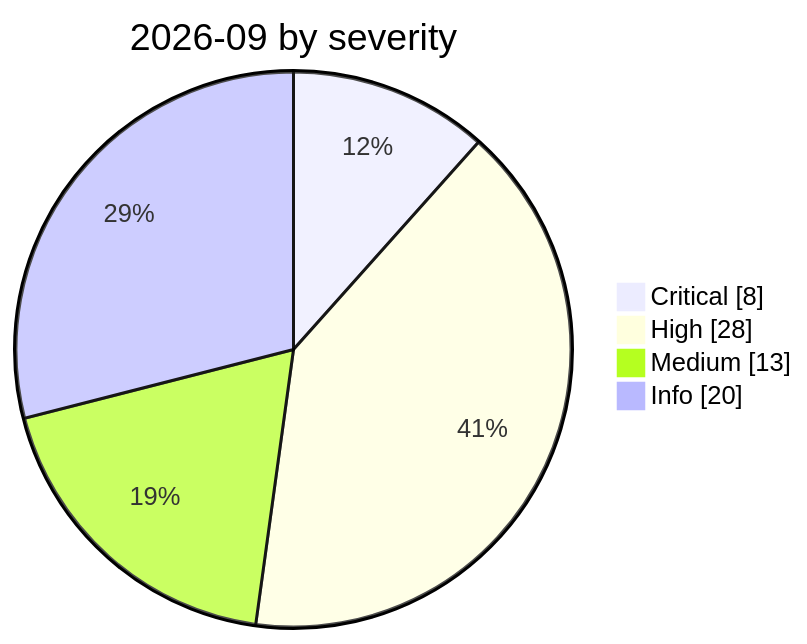
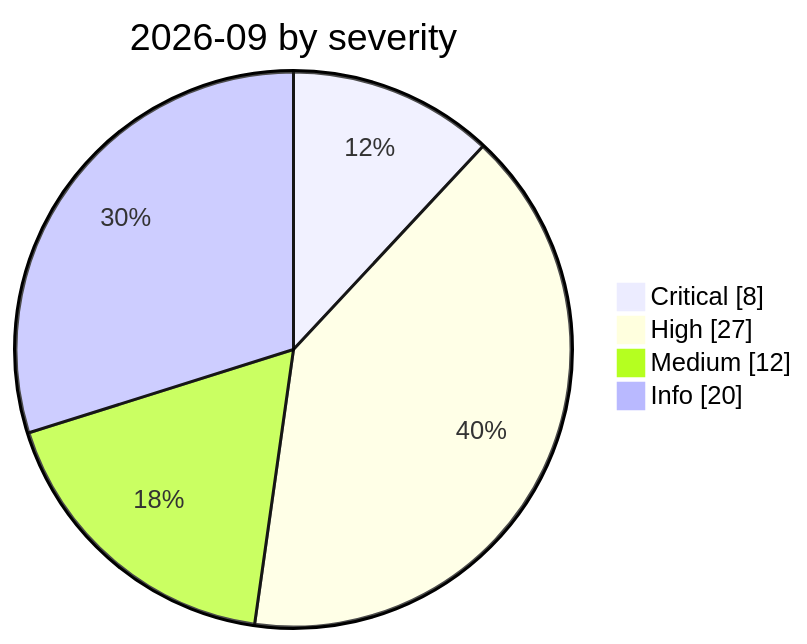
Before and after one commit to Continuum-AI-Corp/Orca-AI-Incident-Archive: the diagram in incidents/2026-09/README.md, drawn with Mermaid. The commit also changed other lines of this file and 43 other files, not shown here.

````diff
--- a/incidents/2026-09/README.md
+++ b/incidents/2026-09/README.md
@@ -8,8 +8,8 @@
 ```mermaid
 pie showData
     title 2026-09 by severity
     "Critical" : 8
-    "High" : 28
-    "Medium" : 13
+    "High" : 27
+    "Medium" : 12
     "Info" : 20
 ```
````
